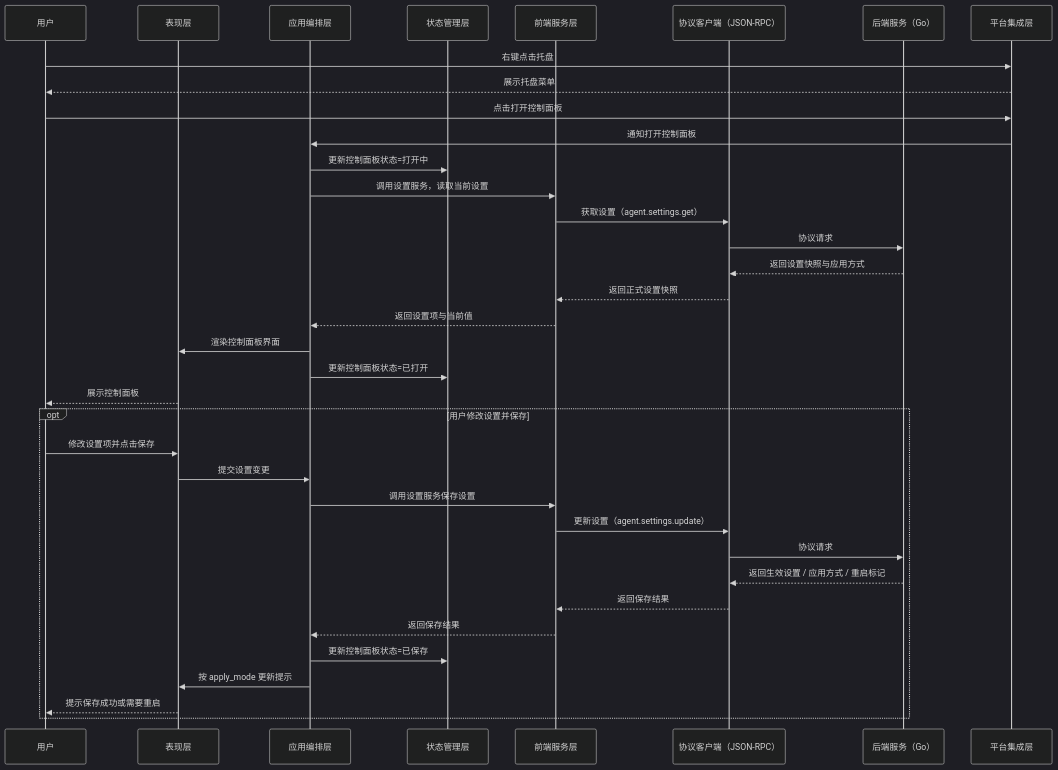
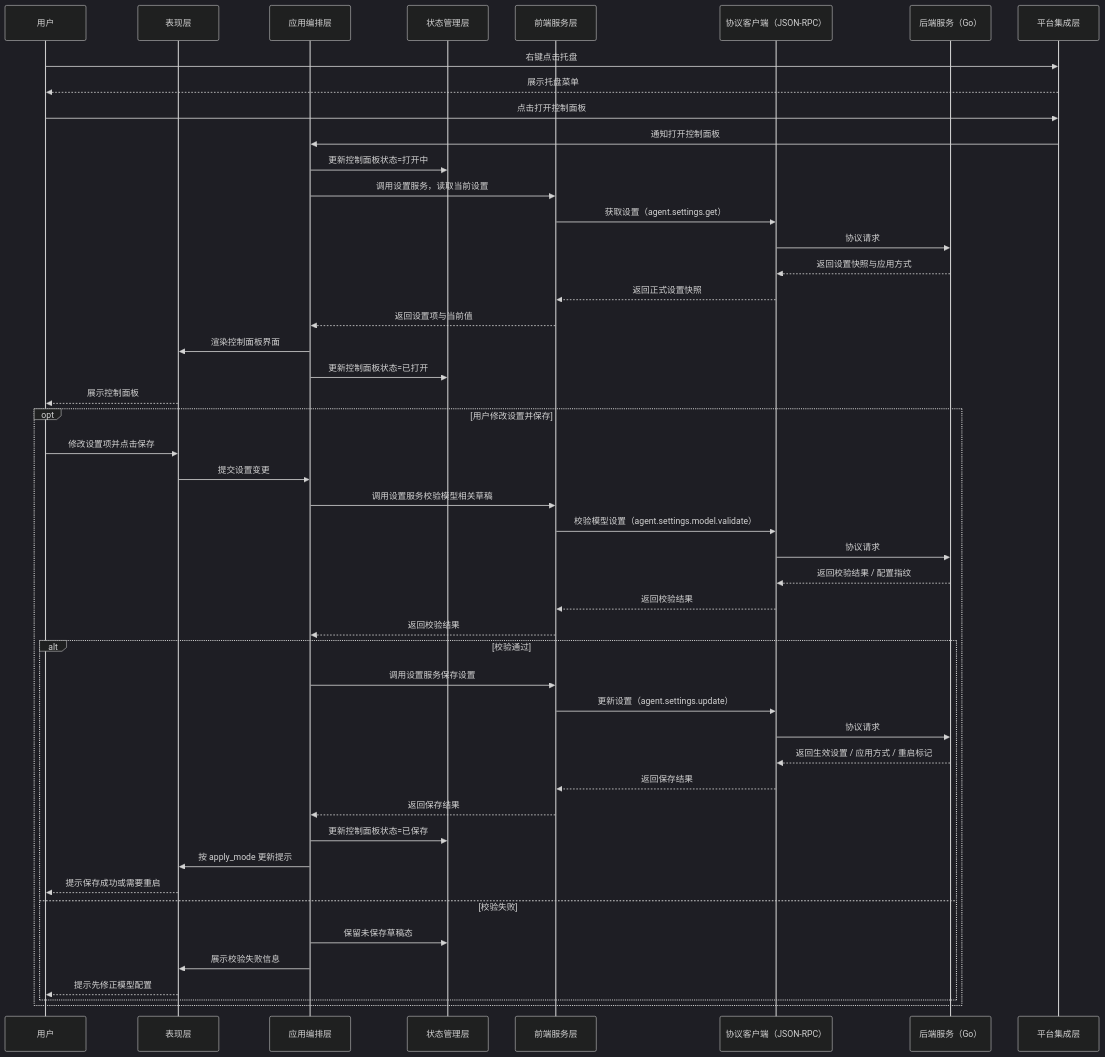
One commit to 1024XEngineer/CialloClaw changed diagram 33 of 39 in docs/module-design.md. Above: the diagram before and after it, drawn with Mermaid (dark theme). The commit also changed other lines of this file and 1 other file, not shown here.

````diff
--- a/docs/module-design.md
+++ b/docs/module-design.md
@@ -3034,40 +3079,52 @@
 ```mermaid
 sequenceDiagram
     participant U as 用户
     participant P as 表现层
     participant A as 应用编排层
     participant S as 状态管理层
     participant V as 前端服务层
     participant RPC as 协议客户端（JSON-RPC）
     participant API as 后端服务（Go）
     participant I as 平台集成层
 
     U->>I: 右键点击托盘
     I-->>U: 展示托盘菜单
     U->>I: 点击打开控制面板
     I->>A: 通知打开控制面板
     A->>S: 更新控制面板状态=打开中
     A->>V: 调用设置服务，读取当前设置
     V->>RPC: 获取设置（agent.settings.get）
     RPC->>API: 协议请求
     API-->>RPC: 返回设置快照与应用方式
     RPC-->>V: 返回正式设置快照
     V-->>A: 返回设置项与当前值
     A->>P: 渲染控制面板界面
     A->>S: 更新控制面板状态=已打开
     P-->>U: 展示控制面板
 
     opt 用户修改设置并保存
         U->>P: 修改设置项并点击保存
         P->>A: 提交设置变更
-        A->>V: 调用设置服务保存设置
-        V->>RPC: 更新设置（agent.settings.update）
+        A->>V: 调用设置服务校验模型相关草稿
+        V->>RPC: 校验模型设置（agent.settings.model.validate）
         RPC->>API: 协议请求
-        API-->>RPC: 返回生效设置 / 应用方式 / 重启标记
-        RPC-->>V: 返回保存结果
-        V-->>A: 返回保存结果
-        A->>S: 更新控制面板状态=已保存
-        A->>P: 按 apply_mode 更新提示
-        P-->>U: 提示保存成功或需要重启
+        API-->>RPC: 返回校验结果 / 配置指纹
+        RPC-->>V: 返回校验结果
+        V-->>A: 返回校验结果
+        alt 校验通过
+            A->>V: 调用设置服务保存设置
+            V->>RPC: 更新设置（agent.settings.update）
+            RPC->>API: 协议请求
+            API-->>RPC: 返回生效设置 / 应用方式 / 重启标记
+            RPC-->>V: 返回保存结果
+            V-->>A: 返回保存结果
+            A->>S: 更新控制面板状态=已保存
+            A->>P: 按 apply_mode 更新提示
+            P-->>U: 提示保存成功或需要重启
+        else 校验失败
+            A->>S: 保留未保存草稿态
+            A->>P: 展示校验失败信息
+            P-->>U: 提示先修正模型配置
+        end
     end
 ```
````
